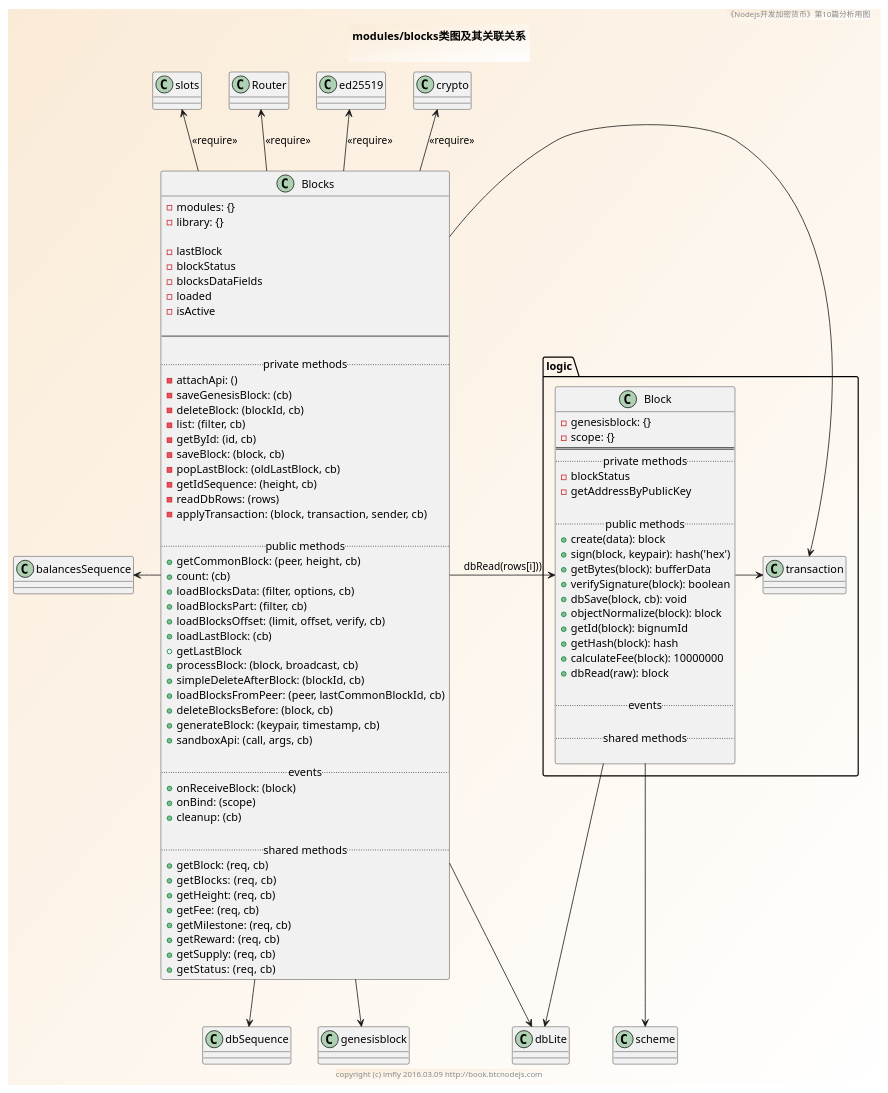
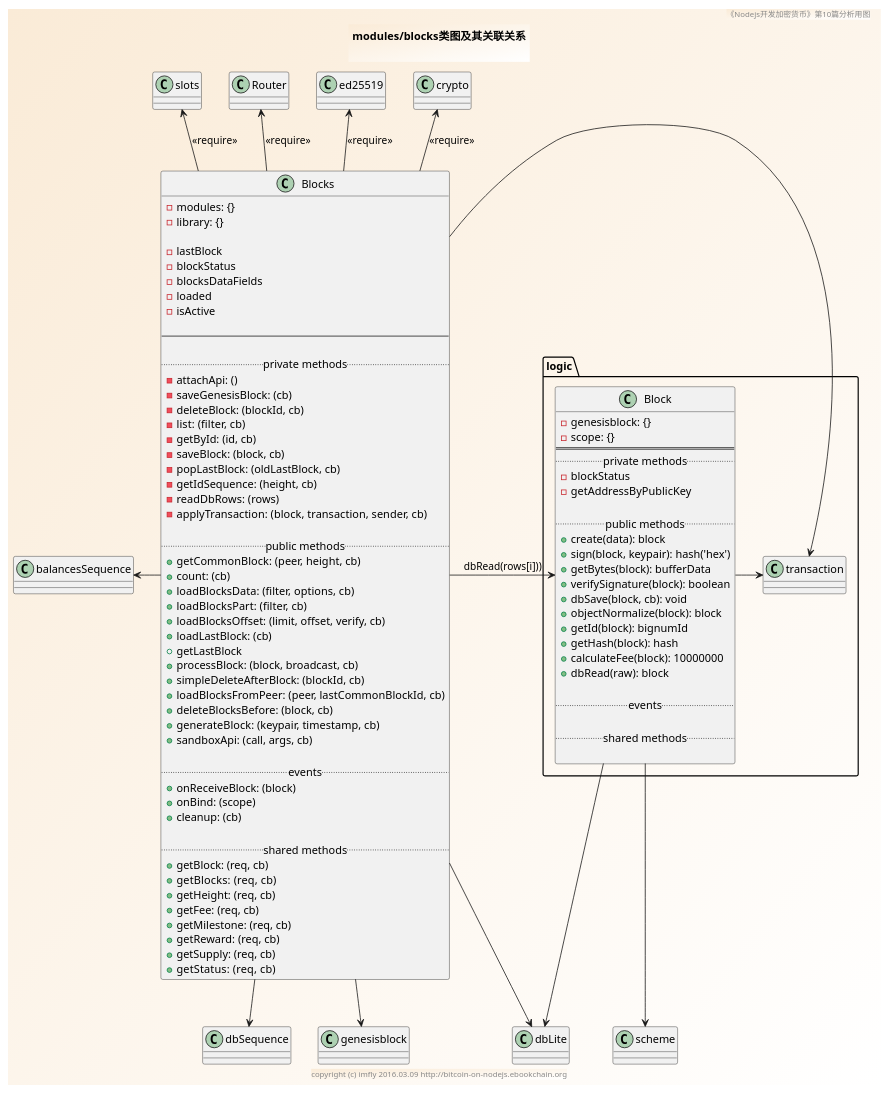
One commit to imfly/bitcoin-on-nodejs changed the diagram in sources/modules/blocks/class.pu. Above: the diagram before and after it, drawn with PlantUML. The commit also changed 30 other files, not shown here.

```diff
--- a/sources/modules/blocks/class.pu
+++ b/sources/modules/blocks/class.pu
@@ -1,115 +1,115 @@
 @startuml ../../../styles/images/modules/blocks/class.png
 skinparam BorderColor #blue\9932CC
 skinparam backgroundcolor AntiqueWhite/white
 
 title
 modules/blocks类图及其关联关系
 
 end title
-footer copyright (c) imfly 2016.03.09 http://book.btcnodejs.com
+footer copyright (c) imfly 2016.03.09 http://bitcoin-on-nodejs.ebookchain.org
 header 《Nodejs开发加密货币》第10篇分析用图
 
 ' logic/block.js
 package logic {
   Class Block {
     - genesisblock: {}
     - scope: {}
     ====
     .. private methods ..
     -blockStatus
     -getAddressByPublicKey
 
     .. public methods ..
     +create(data): block
     +sign(block, keypair): hash('hex')
     +getBytes(block): bufferData
     +verifySignature(block): boolean
     +dbSave(block, cb): void
     +objectNormalize(block): block
     +getId(block): bignumId
     +getHash(block): hash
     +calculateFee(block): 10000000
     +dbRead(raw): block
 
     .. events ..
 
     .. shared methods..
 
   }
 
   ' relationship
   Block -right-> transaction
 }
 
 ' modules/blocks.js
 Class Blocks {
   - modules: {}
   - library: {}
 
   - lastBlock
   - blockStatus
   - blocksDataFields
   - loaded
   - isActive
 
   --
 
   .. private methods ..
   -attachApi: ()
   -saveGenesisBlock: (cb)
   -deleteBlock: (blockId, cb)
   -list: (filter, cb)
   -getById: (id, cb)
   -saveBlock: (block, cb)
   -popLastBlock: (oldLastBlock, cb)
   -getIdSequence: (height, cb)
   -readDbRows: (rows)
   -applyTransaction: (block, transaction, sender, cb)
 
   .. public methods ..
   +getCommonBlock: (peer, height, cb)
   +count: (cb)
   +loadBlocksData: (filter, options, cb)
   +loadBlocksPart: (filter, cb)
   +loadBlocksOffset: (limit, offset, verify, cb)
   +loadLastBlock: (cb)
   +getLastBlock
   +processBlock: (block, broadcast, cb)
   +simpleDeleteAfterBlock: (blockId, cb)
   +loadBlocksFromPeer: (peer, lastCommonBlockId, cb)
   +deleteBlocksBefore: (block, cb)
   +generateBlock: (keypair, timestamp, cb)
   +sandboxApi: (call, args, cb)
 
   .. events ..
   +onReceiveBlock: (block)
   +onBind: (scope)
   +cleanup: (cb)
 
   .. shared methods..
   +getBlock: (req, cb)
   +getBlocks:  (req, cb)
   +getHeight: (req, cb)
   +getFee: (req, cb)
   +getMilestone: (req, cb)
   +getReward: (req, cb)
   +getSupply: (req, cb)
   +getStatus:  (req, cb)
 }
 
 ' relationship
 Blocks -up-> crypto: <<require>>
 Blocks -up-> ed25519: <<require>>
 Blocks -up-> Router: <<require>>
 Blocks -up-> slots: <<require>>
 
 Blocks -left-> balancesSequence
 Blocks --> dbSequence
 Blocks -down-> genesisblock
 Blocks -right-> dbLite
 Blocks -right-> Block: dbRead(rows[i]))
 Blocks -right-> transaction
 
 Block --> scheme
 Block -down-> dbLite
 @enduml
```
